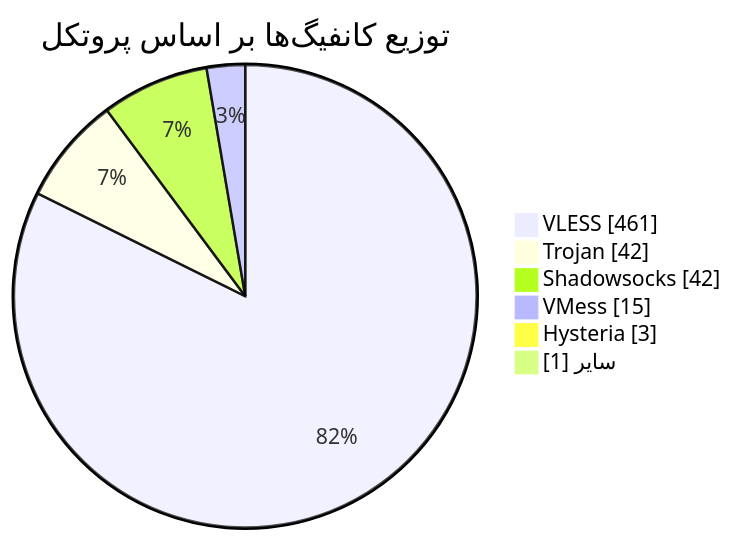
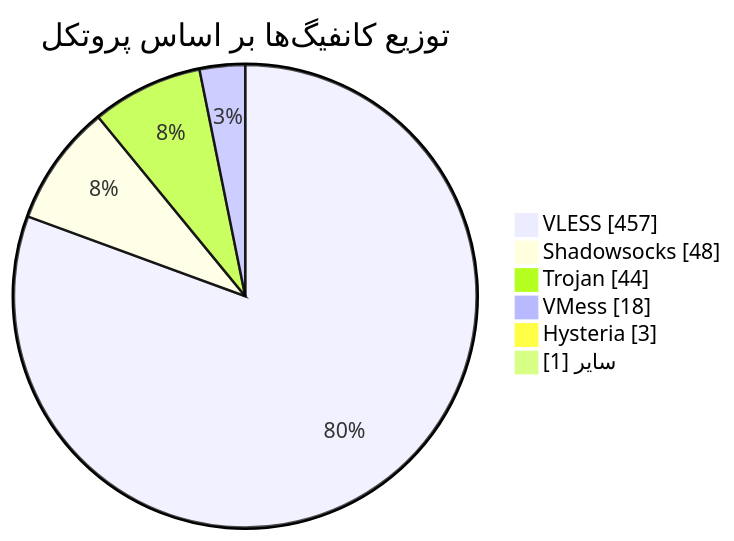
The diagram in README.md (Arian-Alijani/Somthing), drawn with Mermaid before and after one commit. The commit also changed other lines of this file and 75 other files, not shown here.

````diff
--- a/README.md
+++ b/README.md
@@ -48,10 +48,10 @@
 ```mermaid
 pie showData
     title توزیع کانفیگ‌ها بر اساس پروتکل
-    "VLESS" : 461
-    "Trojan" : 42
-    "Shadowsocks" : 42
-    "VMess" : 15
+    "VLESS" : 457
+    "Shadowsocks" : 48
+    "Trojan" : 44
+    "VMess" : 18
     "Hysteria" : 3
     "سایر" : 1
 ```
````
